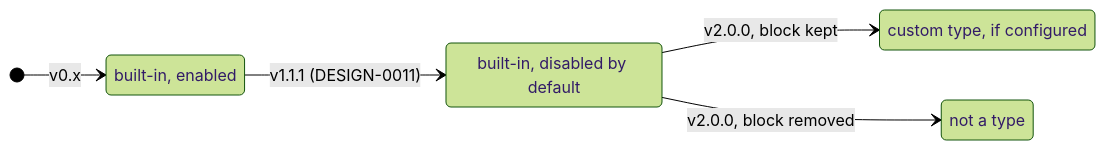
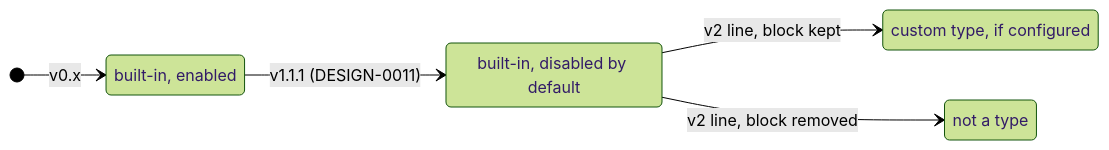
Before and after one commit to donaldgifford/docz: the second of 2 diagrams in docs/adr/0003-remove-plan-from-the-built-in-document-types.md, drawn with Mermaid (forest theme). The commit also changed other lines of this file and 2 other files, not shown here.

````diff
--- a/docs/adr/0003-remove-plan-from-the-built-in-document-types.md
+++ b/docs/adr/0003-remove-plan-from-the-built-in-document-types.md
@@ -124,12 +125,12 @@
 ```mermaid
 stateDiagram-v2
   direction LR
   BuiltInOn: built-in, enabled
   BuiltInOff: built-in, disabled by default
   Custom: custom type, if configured
   Gone: not a type
   [*] --> BuiltInOn: v0.x
   BuiltInOn --> BuiltInOff: v1.1.1 (DESIGN-0011)
-  BuiltInOff --> Custom: v2.0.0, block kept
-  BuiltInOff --> Gone: v2.0.0, block removed
+  BuiltInOff --> Custom: v2 line, block kept
+  BuiltInOff --> Gone: v2 line, block removed
 ```
````
